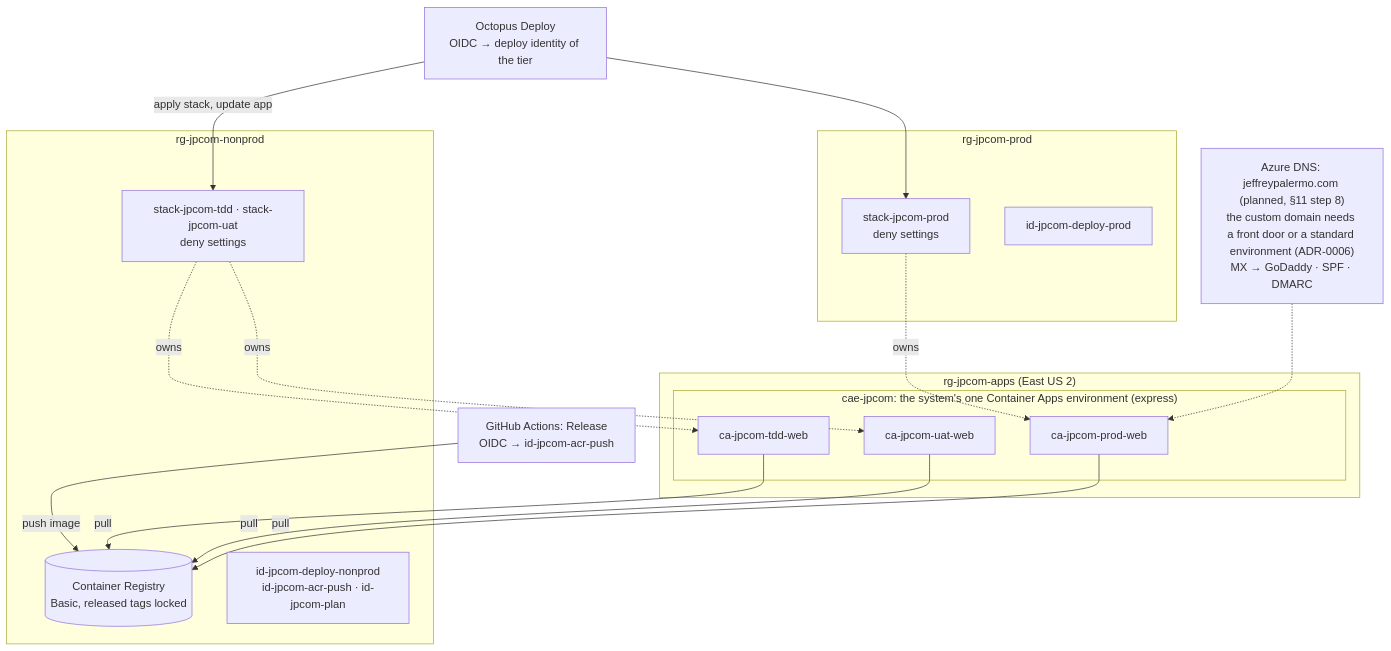
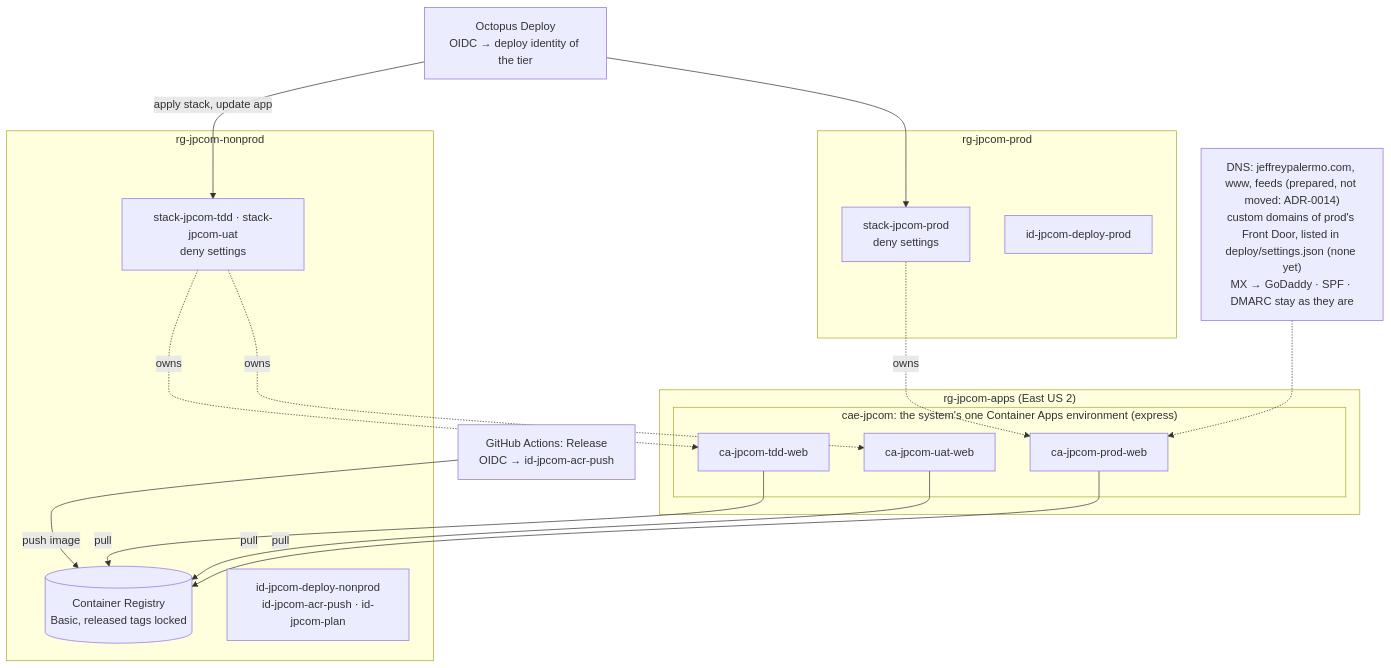
One commit to jeffreypalermo-sites/jeffreypalermo.com changed the sixth of 7 diagrams in docs/architecture/README.md. Above: the diagram before and after it, drawn with Mermaid. The commit also changed other lines of this file and 15 other files, not shown here.

````diff
--- a/docs/architecture/README.md
+++ b/docs/architecture/README.md
@@ -379,30 +379,30 @@
 ```mermaid
 flowchart TB
-    dns["Azure DNS: jeffreypalermo.com (planned, §11 step 8)<br/>the custom domain needs a front door or a standard environment (ADR-0006)<br/>MX → GoDaddy · SPF · DMARC"]
+    dns["DNS: jeffreypalermo.com, www, feeds (prepared, not moved: ADR-0014)<br/>custom domains of prod's Front Door, listed in deploy/settings.json (none yet)<br/>MX → GoDaddy · SPF · DMARC stay as they are"]
     subgraph apps["rg-jpcom-apps (East US 2)"]
         subgraph env["cae-jpcom: the system's one Container Apps environment (express)"]
             tdd["ca-jpcom-tdd-web"]
             uat["ca-jpcom-uat-web"]
             prod["ca-jpcom-prod-web"]
         end
     end
     subgraph nonprod["rg-jpcom-nonprod"]
         acr[(Container Registry<br/>Basic, released tags locked)]
         s1["stack-jpcom-tdd · stack-jpcom-uat<br/>deny settings"]
         idn["id-jpcom-deploy-nonprod<br/>id-jpcom-acr-push · id-jpcom-plan"]
     end
     subgraph prodrg["rg-jpcom-prod"]
         s2["stack-jpcom-prod<br/>deny settings"]
         idp["id-jpcom-deploy-prod"]
     end
     gha[GitHub Actions: Release<br/>OIDC → id-jpcom-acr-push] -- push image --> acr
     octo[Octopus Deploy<br/>OIDC → deploy identity of the tier] -- apply stack, update app --> s1
     octo --> s2
     s1 -. owns .-> tdd
     s1 -. owns .-> uat
     s2 -. owns .-> prod
     tdd -- pull --> acr
     uat -- pull --> acr
     prod -- pull --> acr
     dns -.-> prod
 ```
````
